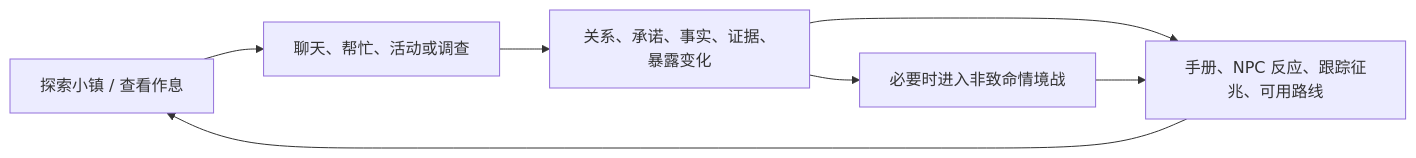
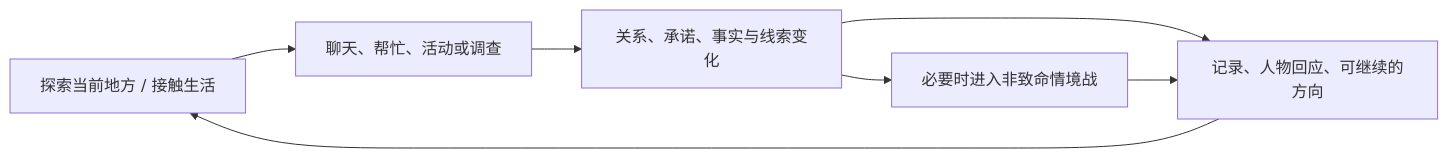
One commit to goodboy95/testRPG changed the diagram in doc/design/game-design.md. Above: the diagram before and after it, drawn with Mermaid. The commit also changed other lines of this file and 200 other files, not shown here.

````diff
--- a/doc/design/game-design.md
+++ b/doc/design/game-design.md
@@ -16,9 +18,9 @@
 ```mermaid
 flowchart LR
-    Explore["探索小镇 / 查看作息"] --> Choose["聊天、帮忙、活动或调查"]
-    Choose --> State["关系、承诺、事实、证据、暴露变化"]
-    State --> Feedback["手册、NPC 反应、跟踪征兆、可用路线"]
+    Explore["探索当前地方 / 接触生活"] --> Choose["聊天、帮忙、活动或调查"]
+    Choose --> State["关系、承诺、事实与线索变化"]
+    State --> Feedback["记录、人物回应、可继续的方向"]
     Feedback --> Explore
     State --> Battle["必要时进入非致命情境战"]
     Battle --> Feedback
 ```
````
